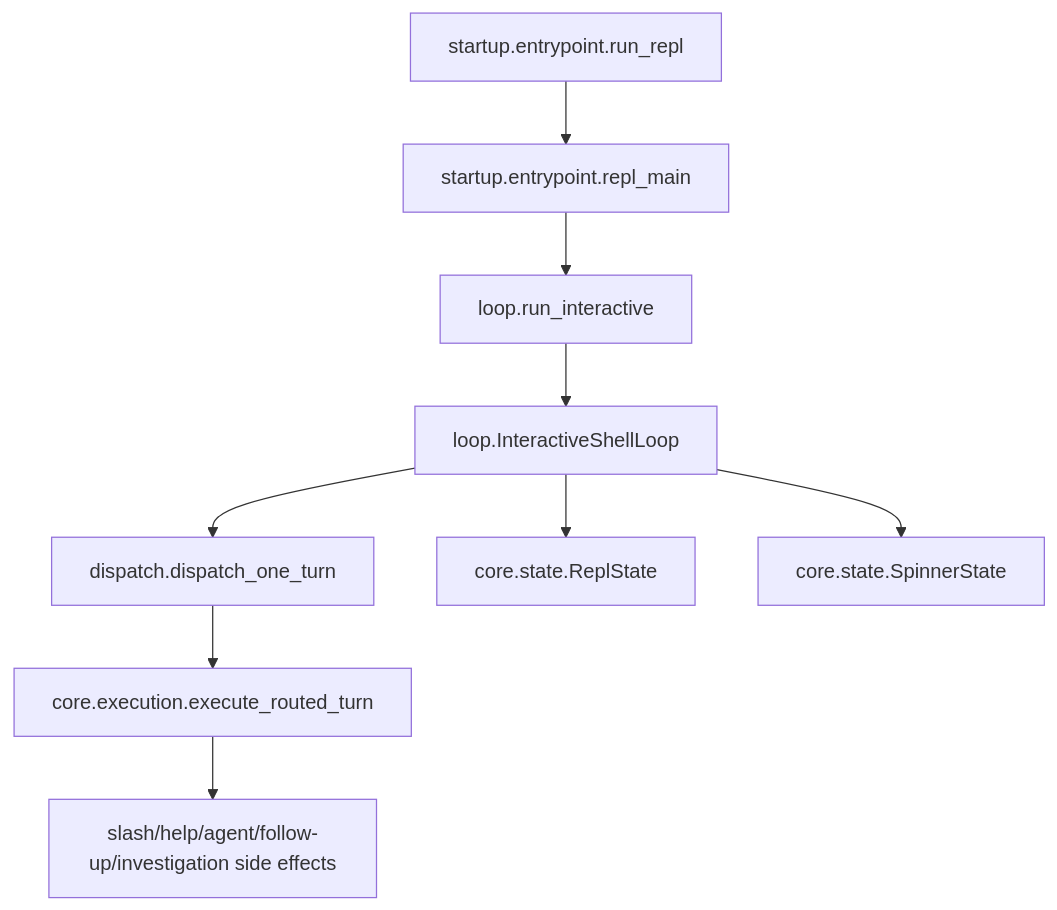
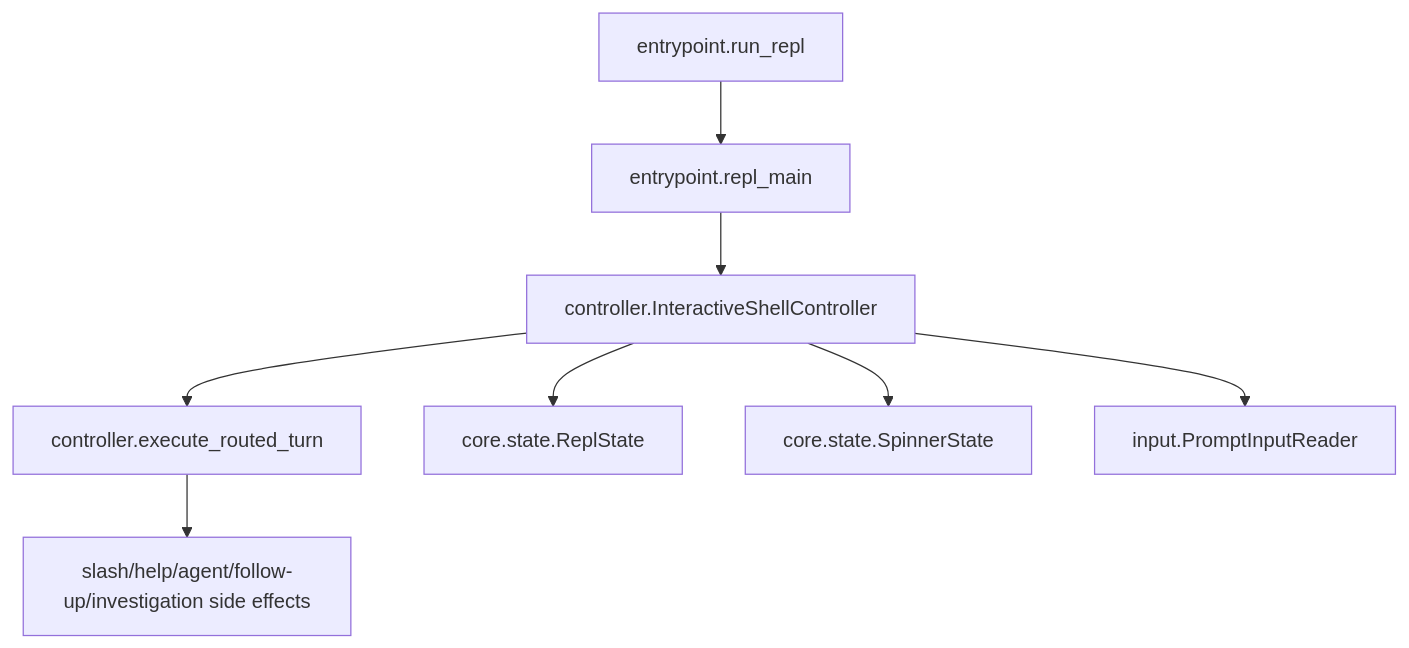
The diagram in interactive_shell/runtime/AGENTS.md (Tracer-Cloud/open-sre-agent), drawn with Mermaid before and after one commit. The commit also changed other lines of this file and 54 other files, not shown here.

````diff
--- a/interactive_shell/runtime/AGENTS.md
+++ b/interactive_shell/runtime/AGENTS.md
@@ -76,11 +82,10 @@
 ```mermaid
 flowchart TD
-  runRepl["startup.entrypoint.run_repl"] --> replMain["startup.entrypoint.repl_main"]
-  replMain --> runInteractive["loop.run_interactive"]
-  runInteractive --> shellLoop["loop.InteractiveShellLoop"]
-  shellLoop --> dispatchTurn["dispatch.dispatch_one_turn"]
-  dispatchTurn --> executeTurn["core.execution.execute_routed_turn"]
+  runRepl["entrypoint.run_repl"] --> replMain["entrypoint.repl_main"]
+  replMain --> controller["controller.InteractiveShellController"]
+  controller --> executeTurn["controller.execute_routed_turn"]
   executeTurn --> sideEffects["slash/help/agent/follow-up/investigation side effects"]
-  shellLoop --> replState["core.state.ReplState"]
-  shellLoop --> spinnerState["core.state.SpinnerState"]
+  controller --> replState["core.state.ReplState"]
+  controller --> spinnerState["core.state.SpinnerState"]
+  controller --> inputReader["input.PromptInputReader"]
 ```
````
